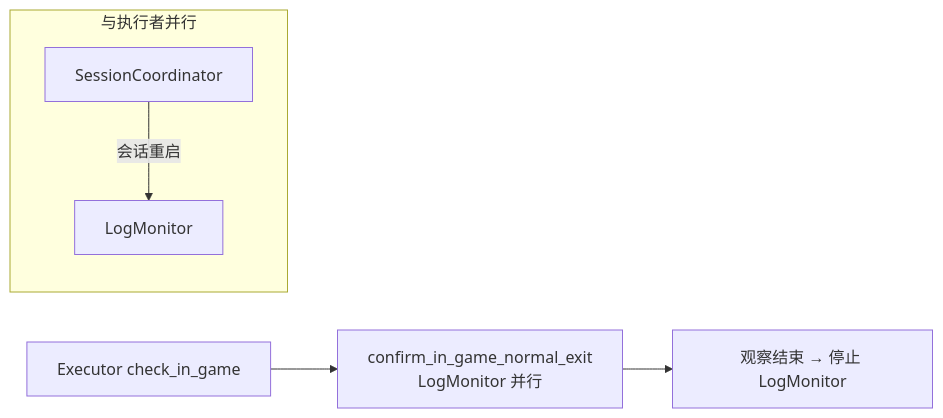
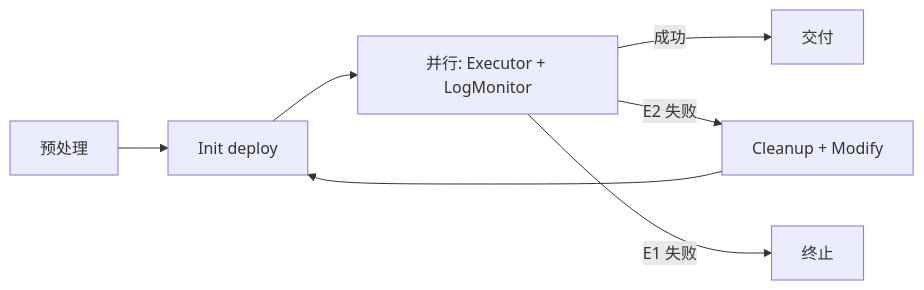
One commit to WartDipara/ai-test-workflow changed the diagram in README.md. Above: the diagram before and after it, drawn with Mermaid. The commit also changed other lines of this file and 8 other files, not shown here.

````diff
--- a/README.md
+++ b/README.md
@@ -188,10 +57,9 @@
 ```mermaid
-flowchart LR
-  subgraph monitors [与执行者并行]
-    LM[LogMonitor]
-    SC[SessionCoordinator]
-    SC -->|会话重启| LM
-  end
-  EX[Executor check_in_game] --> NE[confirm_in_game_normal_exit<br/>LogMonitor 并行]
-  NE --> STOP[观察结束 → 停止 LogMonitor]
+graph LR
+  A[预处理] --> B[Init deploy]
+  B --> C[并行: Executor + LogMonitor]
+  C -->|成功| D[交付]
+  C -->|E2 失败| E[Cleanup + Modify]
+  E --> B
+  C -->|E1 失败| F[终止]
 ```
````
